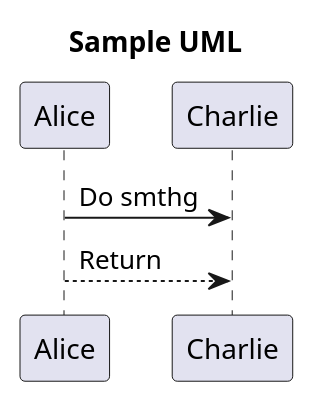
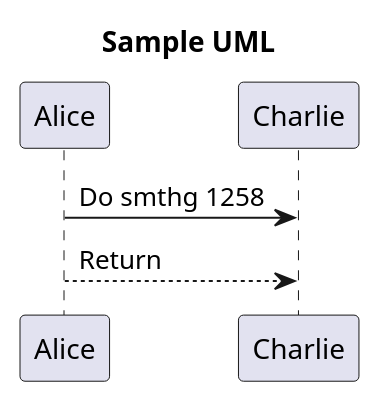
Before and after one commit to Krosmez/testuml: the diagram in testuml.puml, drawn with PlantUML.

```diff
--- a/testuml.puml
+++ b/testuml.puml
@@ -1,6 +1,6 @@
 @startuml
 
 title Sample UML
-Alice -> Charlie: Do smthg
+Alice -> Charlie: Do smthg 1258
 Charlie <-- Alice: Return
 @enduml
```
